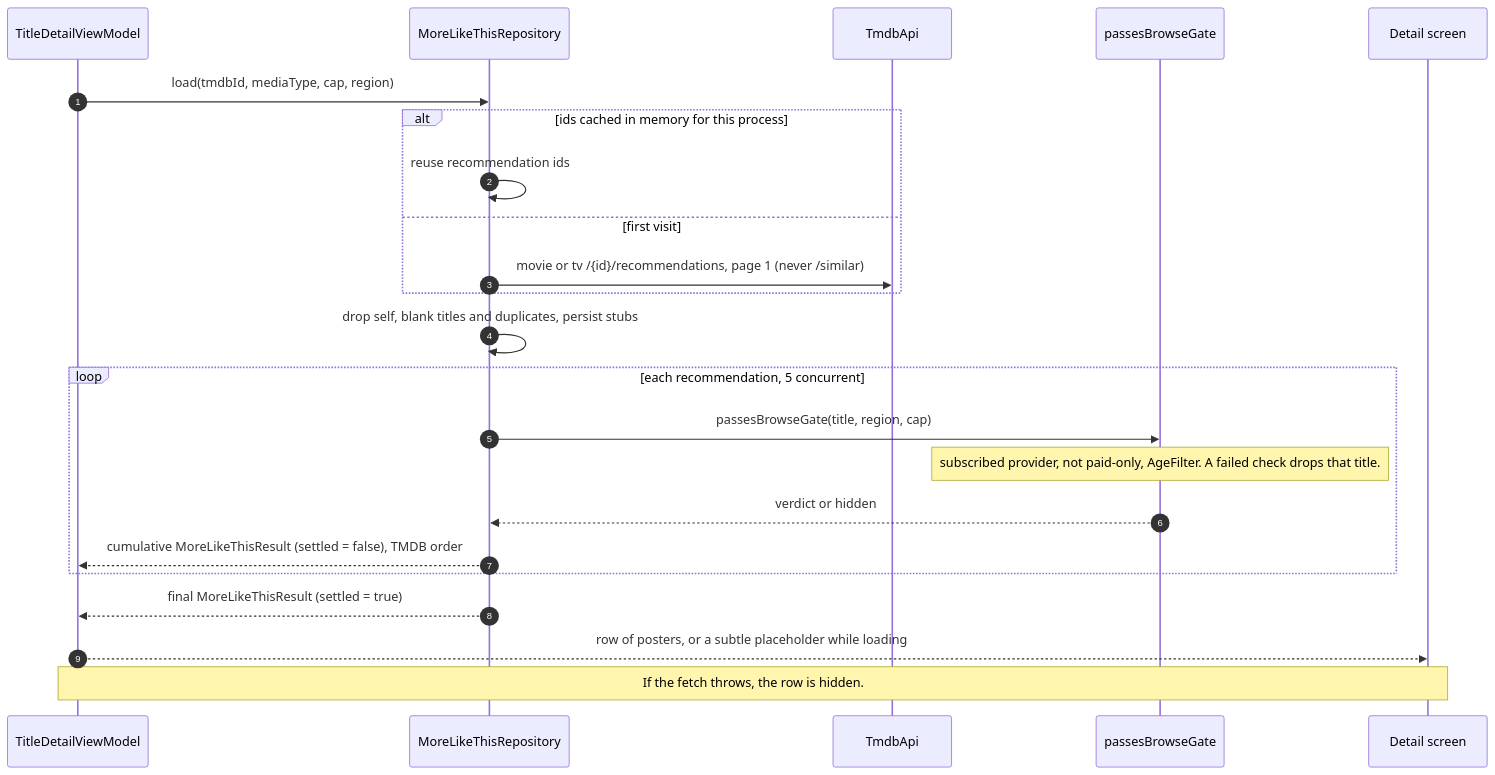
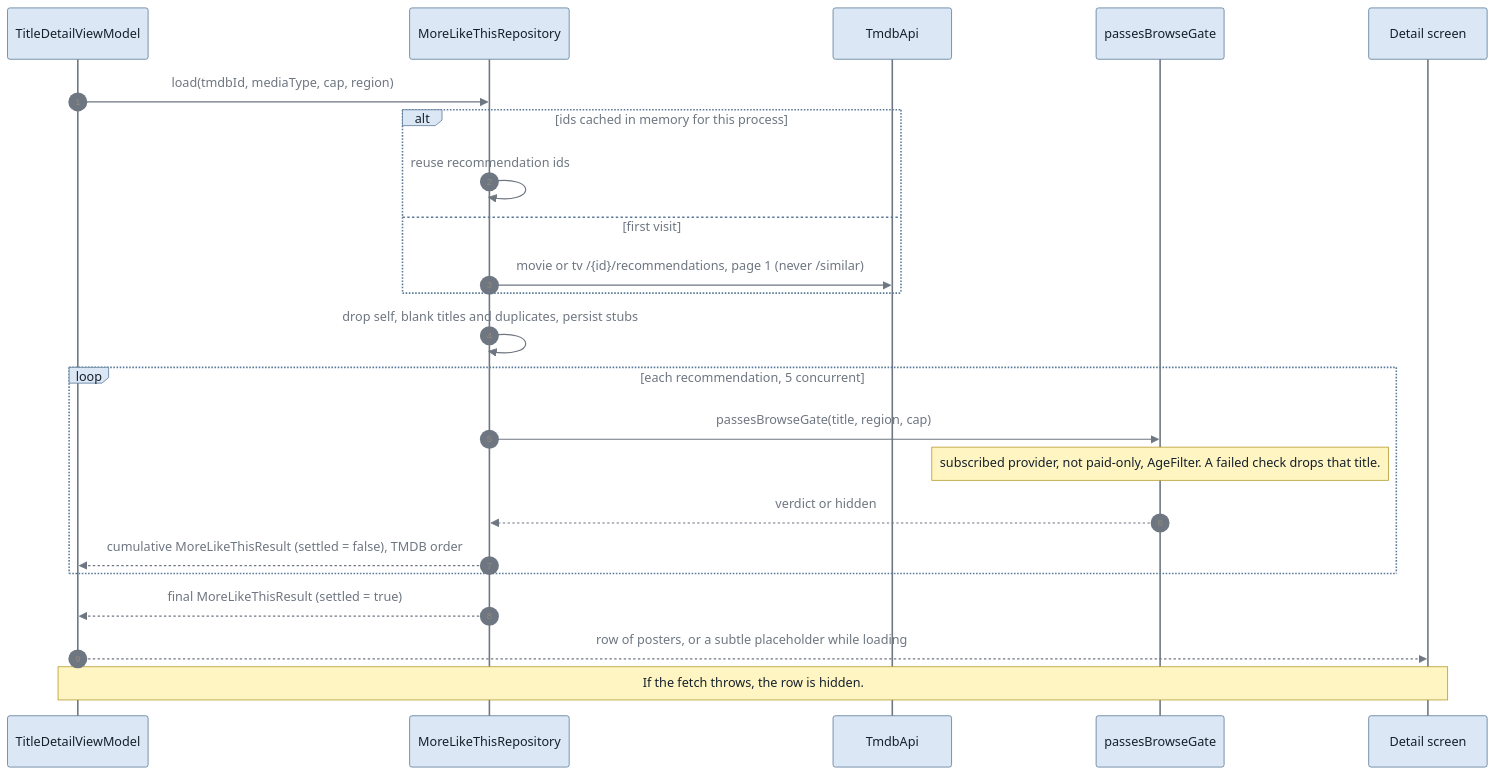
Before and after one commit to kevclark/familyWatchList: the ninth of 9 diagrams in docs/ARCHITECTURE.md, drawn with Mermaid. The commit also changed other lines of this file, not shown here.

First line of the commit message:
docs: split ER diagrams and theme Mermaid for dark mode

````diff
--- a/docs/ARCHITECTURE.md
+++ b/docs/ARCHITECTURE.md
@@ -575,26 +601,27 @@
 ```mermaid
+%%{init: {'theme':'base','themeVariables':{'primaryColor':'#dbe7f5','primaryTextColor':'#15202b','primaryBorderColor':'#5b7a99','secondaryColor':'#eef2f6','tertiaryColor':'#f6f8fa','lineColor':'#6e7681','textColor':'#6e7681','attributeBackgroundColorOdd':'#f3f6fa','attributeBackgroundColorEven':'#e4ebf3','signalColor':'#6e7681','signalTextColor':'#6e7681','loopTextColor':'#6e7681','labelTextColor':'#15202b','actorLineColor':'#6e7681','noteBkgColor':'#fff5c2','noteTextColor':'#15202b','noteBorderColor':'#b59a2c','clusterBkg':'#eef2f6','clusterBorder':'#5b7a99'}}}%%
 sequenceDiagram
     autonumber
     participant VM as TitleDetailViewModel
     participant MLT as MoreLikeThisRepository
     participant TMDB as TmdbApi
     participant BG as passesBrowseGate
     participant UI as Detail screen
 
     VM->>MLT: load(tmdbId, mediaType, cap, region)
     alt ids cached in memory for this process
         MLT->>MLT: reuse recommendation ids
     else first visit
         MLT->>TMDB: movie or tv /{id}/recommendations, page 1 (never /similar)
     end
     MLT->>MLT: drop self, blank titles and duplicates, persist stubs
     loop each recommendation, 5 concurrent
         MLT->>BG: passesBrowseGate(title, region, cap)
         Note over BG: subscribed provider, not paid-only, AgeFilter. A failed check drops that title.
         BG-->>MLT: verdict or hidden
         MLT-->>VM: cumulative MoreLikeThisResult (settled = false), TMDB order
     end
     MLT-->>VM: final MoreLikeThisResult (settled = true)
     VM-->>UI: row of posters, or a subtle placeholder while loading
     Note over VM,UI: If the fetch throws, the row is hidden.
 ```
````
